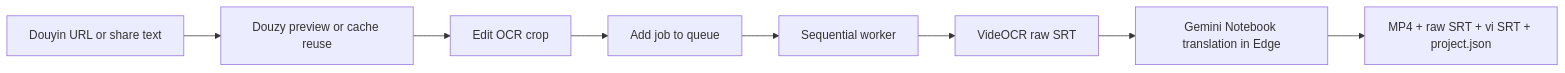
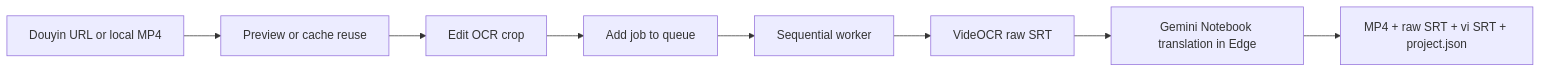
Before and after one commit to qvinh8726/VietSub-Studio: the first of 2 diagrams in README.md, drawn with Mermaid. The commit also changed other lines of this file and 7 other files, not shown here.

````diff
--- a/README.md
+++ b/README.md
@@ -259,10 +264,10 @@
 ```mermaid
 flowchart LR
-    A[Douyin URL or share text] --> B[Douzy preview or cache reuse]
+    A[Douyin URL or local MP4] --> B[Preview or cache reuse]
     B --> C[Edit OCR crop]
     C --> D[Add job to queue]
     D --> E[Sequential worker]
     E --> F[VideOCR raw SRT]
     F --> G[Gemini Notebook translation in Edge]
     G --> H[MP4 + raw SRT + vi SRT + project.json]
 ```
````
